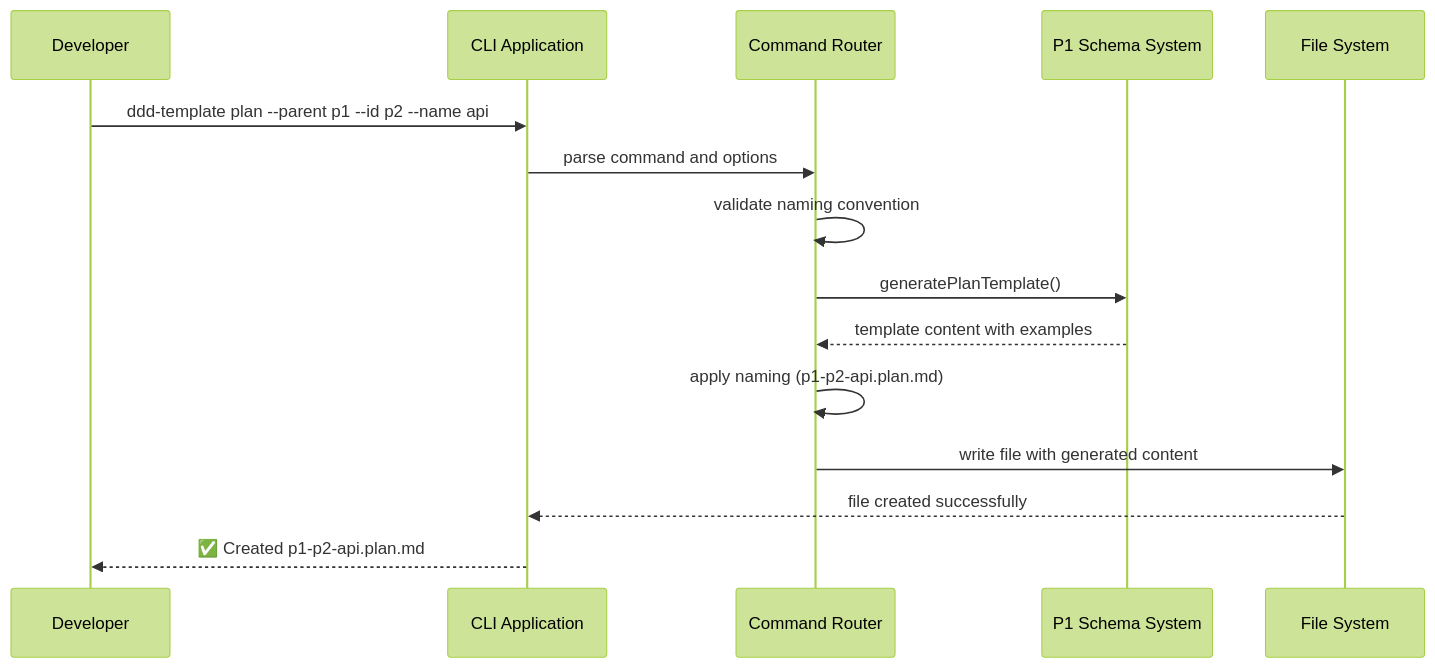
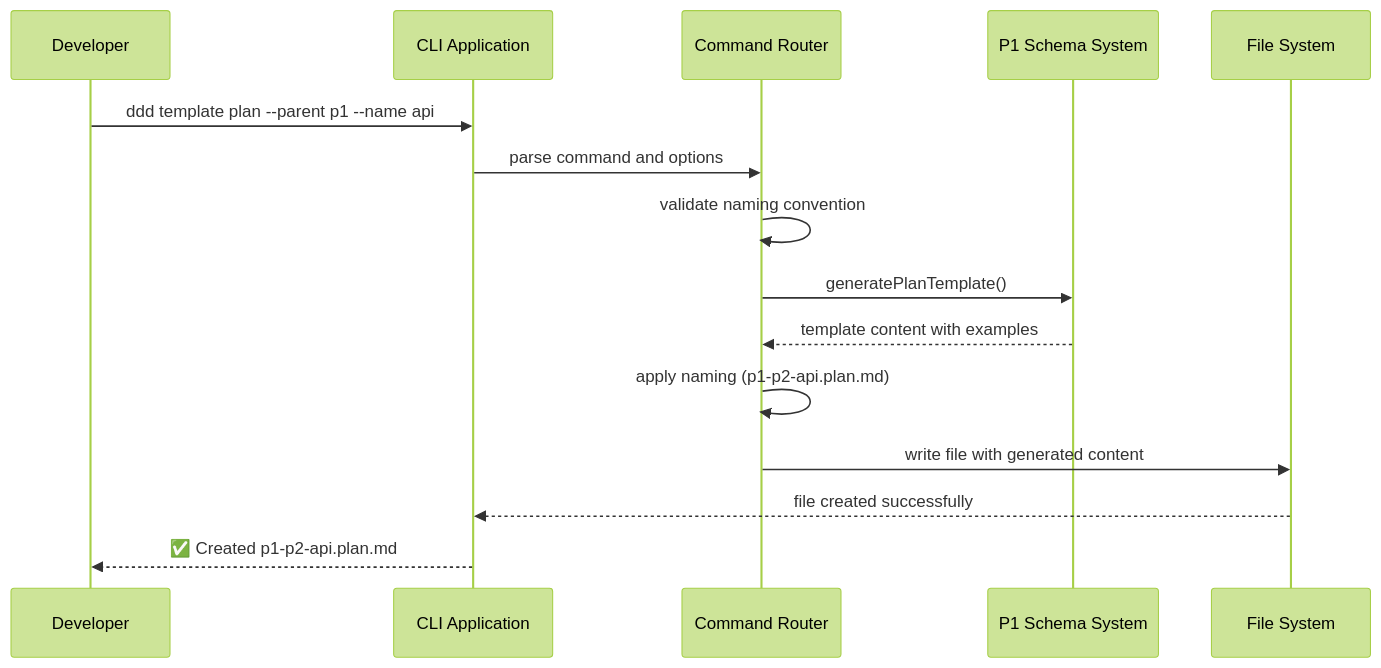
Before and after one commit to livelifelively/documentation-driven-development-tools: the eighth of 8 diagrams in docs/requirements/p1.p2-cli-tools.plan.md, drawn with Mermaid (forest theme). The commit also changed other lines of this file and 15 other files, not shown here.

````diff
--- a/docs/requirements/p1.p2-cli-tools.plan.md
+++ b/docs/requirements/p1.p2-cli-tools.plan.md
@@ -408,18 +408,18 @@
 ```mermaid
 sequenceDiagram
     participant User as Developer
     participant CLI as CLI Application
     participant Router as Command Router
     participant P1 as P1 Schema System
     participant FS as File System
 
-    User->>CLI: ddd-template plan --parent p1 --id p2 --name api
+    User->>CLI: ddd template plan --parent p1 --name api
     CLI->>Router: parse command and options
     Router->>Router: validate naming convention
     Router->>P1: generatePlanTemplate()
     P1-->>Router: template content with examples
     Router->>Router: apply naming (p1-p2-api.plan.md)
     Router->>FS: write file with generated content
     FS-->>CLI: file created successfully
     CLI-->>User: ✅ Created p1-p2-api.plan.md
 ```
````
